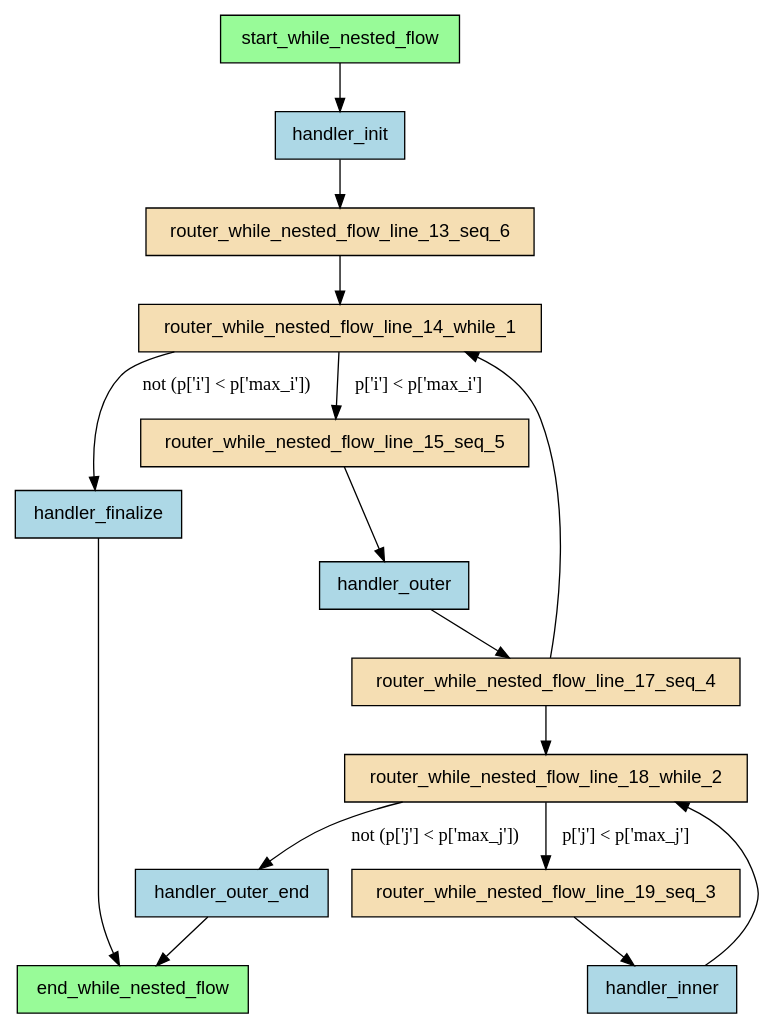
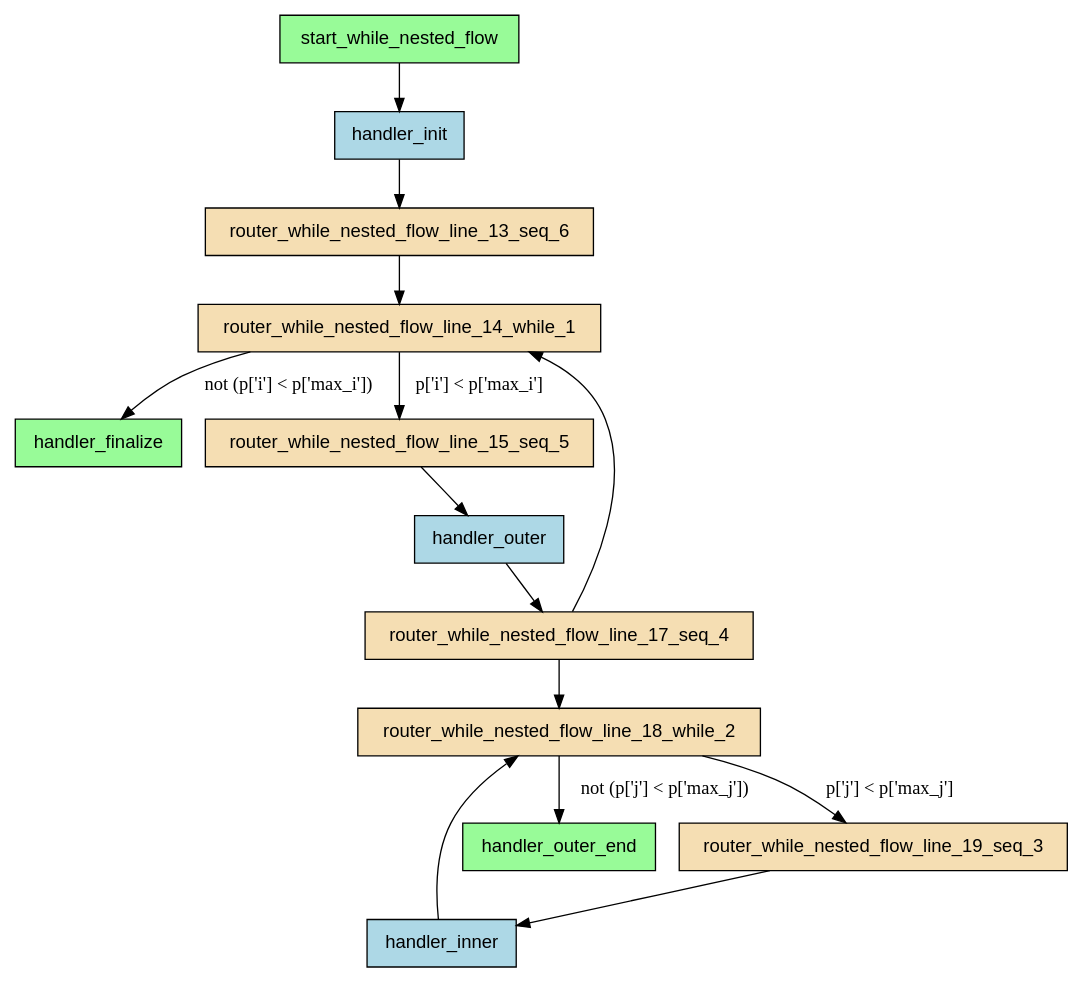
One commit to deliveryhero/asya changed the diagram in examples/flows/compiled/while_nested/flow.dot. Above: the diagram before and after it, drawn with Graphviz. The commit also changed 339 other files, not shown here.

First line of the commit message:
feat(compiler): remove end_ router, add graph validation, visual improvements

```diff
--- a/examples/flows/compiled/while_nested/flow.dot
+++ b/examples/flows/compiled/while_nested/flow.dot
@@ -1,34 +1,31 @@
 digraph "while_nested_flow" {
     rankdir=TB;
     node [shape=box, style=filled, fontname="Helvetica"];
 
-    end_while_nested_flow [label="end_while_nested_flow", fillcolor=palegreen];
-    handler_finalize [label="handler_finalize", fillcolor=lightblue];
+    handler_finalize [label="handler_finalize", fillcolor=palegreen];
     handler_init [label="handler_init", fillcolor=lightblue];
     handler_inner [label="handler_inner", fillcolor=lightblue];
     handler_outer [label="handler_outer", fillcolor=lightblue];
-    handler_outer_end [label="handler_outer_end", fillcolor=lightblue];
+    handler_outer_end [label="handler_outer_end", fillcolor=palegreen];
     router_while_nested_flow_line_13_seq_6 [label="router_while_nested_flow_line_13_seq_6", fillcolor=wheat];
     router_while_nested_flow_line_14_while_1 [label="router_while_nested_flow_line_14_while_1", fillcolor=wheat];
     router_while_nested_flow_line_15_seq_5 [label="router_while_nested_flow_line_15_seq_5", fillcolor=wheat];
     router_while_nested_flow_line_17_seq_4 [label="router_while_nested_flow_line_17_seq_4", fillcolor=wheat];
     router_while_nested_flow_line_18_while_2 [label="router_while_nested_flow_line_18_while_2", fillcolor=wheat];
     router_while_nested_flow_line_19_seq_3 [label="router_while_nested_flow_line_19_seq_3", fillcolor=wheat];
     start_while_nested_flow [label="start_while_nested_flow", fillcolor=palegreen];
 
     start_while_nested_flow -> handler_init;
     handler_init -> router_while_nested_flow_line_13_seq_6;
     router_while_nested_flow_line_19_seq_3 -> handler_inner;
     router_while_nested_flow_line_18_while_2 -> router_while_nested_flow_line_19_seq_3 [label="p['j'] < p['max_j']"];
     router_while_nested_flow_line_18_while_2 -> handler_outer_end [label="not (p['j'] < p['max_j'])"];
     router_while_nested_flow_line_17_seq_4 -> router_while_nested_flow_line_18_while_2;
     router_while_nested_flow_line_15_seq_5 -> handler_outer;
     handler_outer -> router_while_nested_flow_line_17_seq_4;
     router_while_nested_flow_line_14_while_1 -> router_while_nested_flow_line_15_seq_5 [label="p['i'] < p['max_i']"];
     router_while_nested_flow_line_14_while_1 -> handler_finalize [label="not (p['i'] < p['max_i'])"];
     router_while_nested_flow_line_13_seq_6 -> router_while_nested_flow_line_14_while_1;
     handler_inner -> router_while_nested_flow_line_18_while_2;
     router_while_nested_flow_line_17_seq_4 -> router_while_nested_flow_line_14_while_1;
-    handler_finalize -> end_while_nested_flow;
-    handler_outer_end -> end_while_nested_flow;
 }
```
